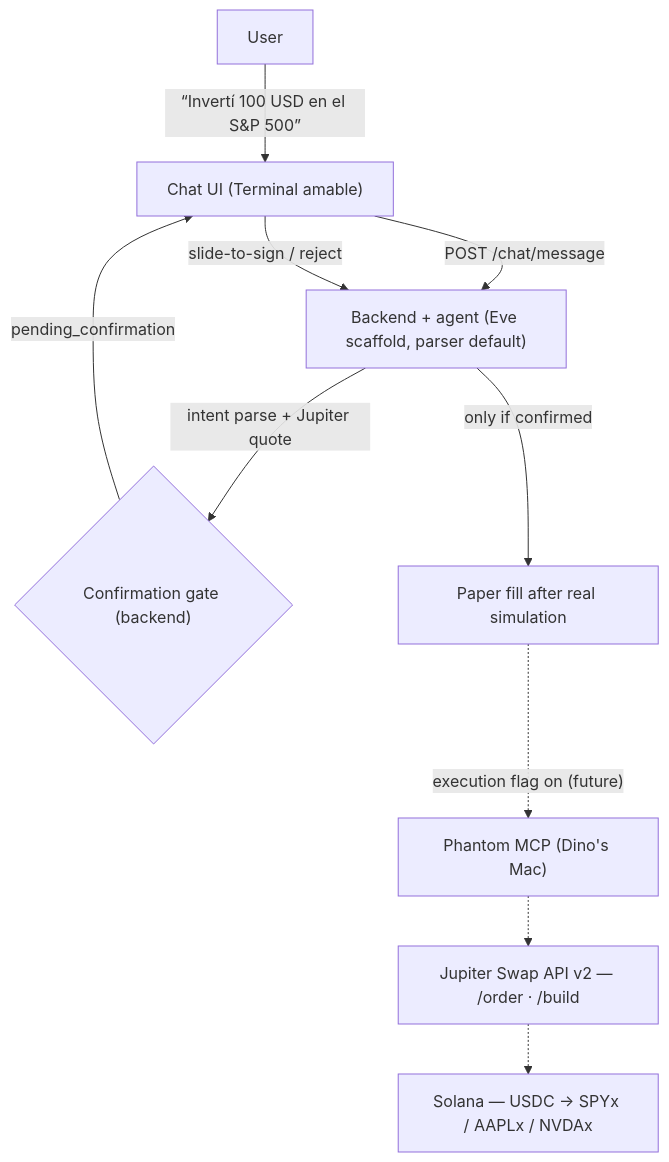
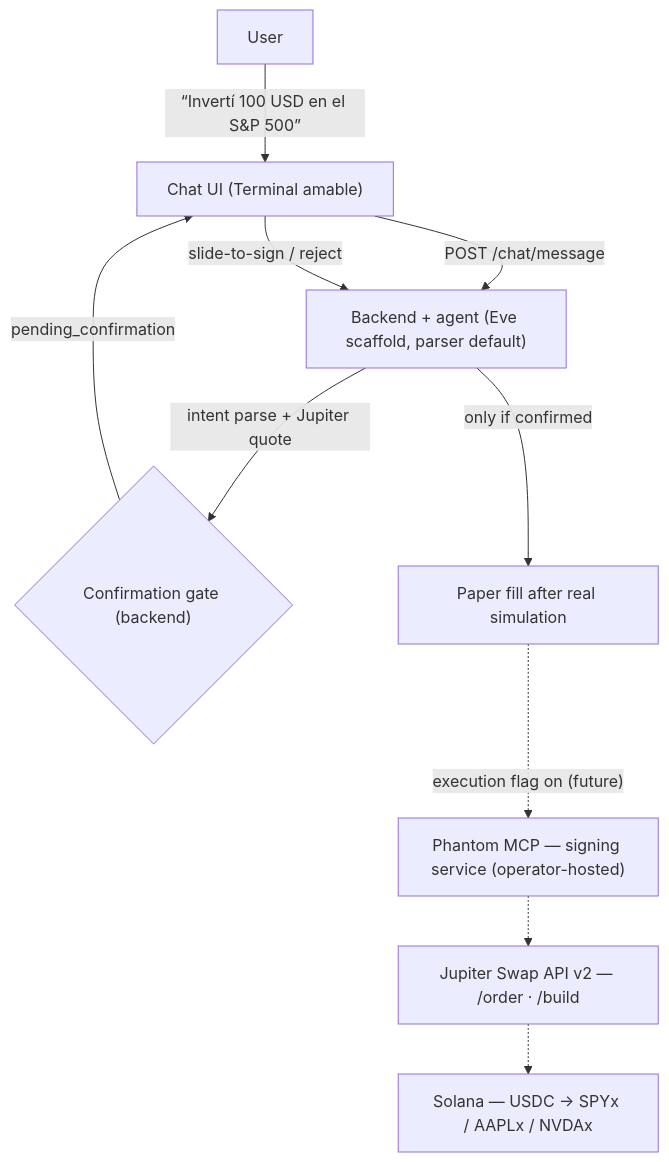
Before and after one commit to meschinidino/agent-trading: the diagram in README.md, drawn with Mermaid. The commit also changed other lines of this file and 14 other files, not shown here.

````diff
--- a/README.md
+++ b/README.md
@@ -63,12 +63,12 @@
 ```mermaid
 flowchart TD
     U["User"] -->|"“Invertí 100 USD en el S&P 500”"| UI["Chat UI (Terminal amable)"]
     UI -->|"POST /chat/message"| BE["Backend + agent (Eve scaffold, parser default)"]
     BE -->|"intent parse + Jupiter quote"| GATE{"Confirmation gate (backend)"}
     GATE -->|"pending_confirmation"| UI
     UI -->|"slide-to-sign / reject"| BE
     BE -->|"only if confirmed"| EXEC["Paper fill after real simulation"]
-    EXEC -.->|"execution flag on (future)"| MCP["Phantom MCP (Dino's Mac)"]
+    EXEC -.->|"execution flag on (future)"| MCP["Phantom MCP — signing service (operator-hosted)"]
     MCP -.-> JUP["Jupiter Swap API v2 — /order · /build"]
     JUP -.-> SOL["Solana — USDC → SPYx / AAPLx / NVDAx"]
 ```
````
